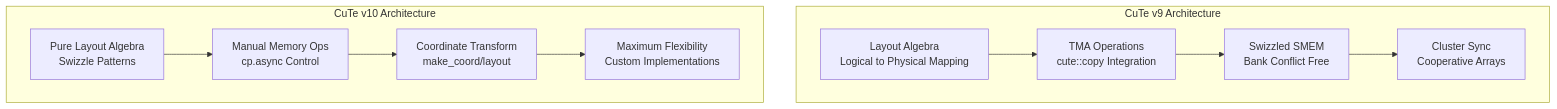
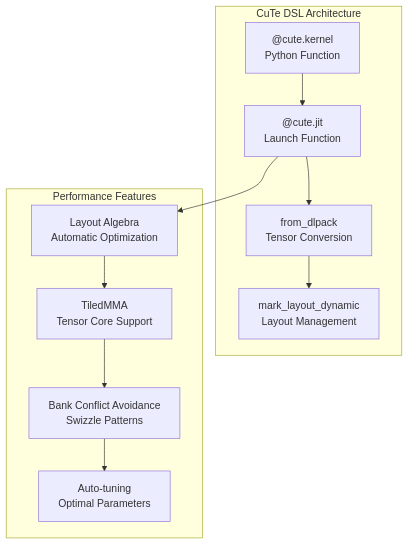
Before and after one commit to gugudeshubao/flashinfer-bench-tma-thrust: the sixth of 7 diagrams in .qoder/repowiki/en/content/Core Kernels/Core Kernels.md, drawn with Mermaid. The commit also changed other lines of this file and 9 other files, not shown here.

First line of the commit message:
bench: add CuTe DSL vs Triton performance comparison

````diff
--- a/.qoder/repowiki/en/content/Core Kernels/Core Kernels.md
+++ b/.qoder/repowiki/en/content/Core Kernels/Core Kernels.md
@@ -567,17 +711,17 @@
 ```mermaid
 graph TB
-subgraph "CuTe v9 Architecture"
-Layout_Algebra["Layout Algebra<br/>Logical to Physical Mapping"]
-TMA_Ops["TMA Operations<br/>cute::copy Integration"]
-Swizzle_SMEM["Swizzled SMEM<br/>Bank Conflict Free"]
-Cluster_Sync["Cluster Sync<br/>Cooperative Arrays"]
+subgraph "CuTe DSL Architecture"
+Kernel_Def["@cute.kernel<br/>Python Function"]
+Host_Launch["@cute.jit<br/>Launch Function"]
+Tensor_Conv["from_dlpack<br/>Tensor Conversion"]
+Layout_Manage["mark_layout_dynamic<br/>Layout Management"]
 end
-subgraph "CuTe v10 Architecture"
-Pure_Layout["Pure Layout Algebra<br/>Swizzle Patterns"]
-Manual_Mem["Manual Memory Ops<br/>cp.async Control"]
-Coord_Trans["Coordinate Transform<br/>make_coord/layout"]
-Flexibility["Maximum Flexibility<br/>Custom Implementations"]
+subgraph "Performance Features"
+Layout_Algebra["Layout Algebra<br/>Automatic Optimization"]
+TiledMMA["TiledMMA<br/>Tensor Core Support"]
+Bank_Avoid["Bank Conflict Avoidance<br/>Swizzle Patterns"]
+Auto_Tune["Auto-tuning<br/>Optimal Parameters"]
 end
-Layout_Algebra --> TMA_Ops --> Swizzle_SMEM --> Cluster_Sync
-Pure_Layout --> Manual_Mem --> Coord_Trans --> Flexibility
+Kernel_Def --> Host_Launch --> Tensor_Conv --> Layout_Manage
+Host_Launch --> Layout_Algebra --> TiledMMA --> Bank_Avoid --> Auto_Tune
 ```
````
